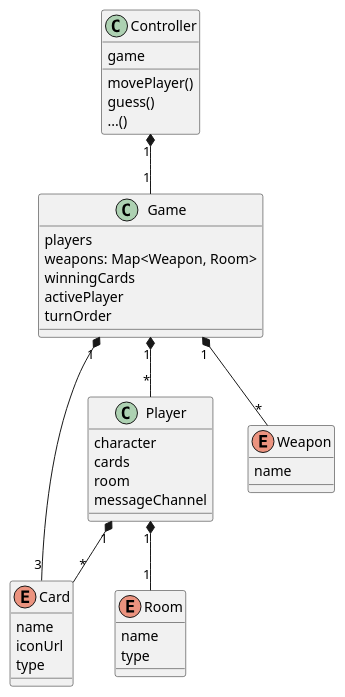
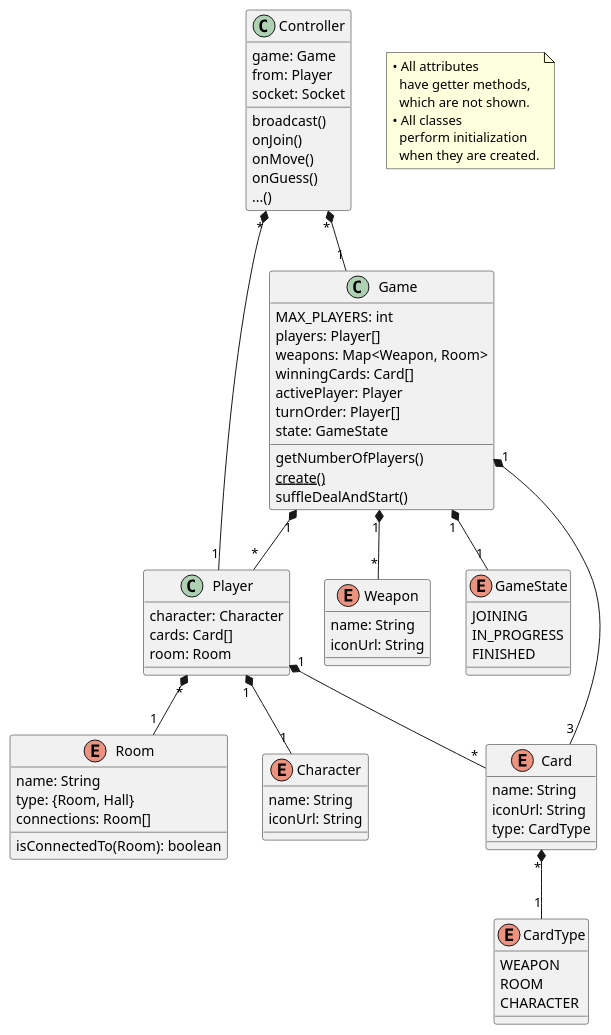
One commit to ymikhaylov/605.401 changed the diagram in design/game.plantuml. Above: the diagram before and after it, drawn with PlantUML.

Commit message:
Updated class diagram
Added attribute types, and more attributes and methods. Moved socket
from Player to Controller.

```diff
--- a/design/game.plantuml
+++ b/design/game.plantuml
@@ -1,47 +1,88 @@
 @startuml
 
 Game "1" *-- "*" Player
 Game "1" *-- "3" Card
 Game "1" *-- "*" Weapon
+Game "1" *-- "1" GameState
 Player "1" *-- "*" Card
-Player "1" *-- "1" Room
-Controller "1" *-- "1" Game
+Player "*" *-- "1" Room
+Player "1" *-- "1" Character
+Card "*" *-- "1" CardType
+Controller "*" *-- "1" Game
+Controller "*" *-- "1" Player
+
+note as N1
+  • All attributes
+    have getter methods,
+    which are not shown.
+  • All classes
+    perform initialization
+    when they are created.
+end note
 
 class Game {
-players
+MAX_PLAYERS: int
+players: Player[]
 weapons: Map<Weapon, Room>
-winningCards
-activePlayer
-turnOrder
+winningCards: Card[]
+activePlayer: Player
+turnOrder: Player[]
+state: GameState
+getNumberOfPlayers()
+<u>create()
+suffleDealAndStart()
+}
+
+enum GameState {
+JOINING
+IN_PROGRESS
+FINISHED
 }
 
 class Player {
-character
-cards
-room
-messageChannel
+character: Character
+cards: Card[]
+room: Room
+}
+
+enum Character {
+name: String
+iconUrl: String
 }
 
 enum Weapon {
-name
+name: String
+iconUrl: String
 }
 
 enum Card {
-name
-iconUrl
-type
+name: String
+iconUrl: String
+type: CardType
+}
+
+enum CardType {
+WEAPON
+ROOM
+CHARACTER
 }
 
 enum Room {
-name
-type
+name: String
+type: {Room, Hall}
+connections: Room[]
+isConnectedTo(Room): boolean
 }
 
 class Controller {
-game
-movePlayer()
-guess()
+game: Game
+from: Player
+socket: Socket
+broadcast()
+onJoin()
+onMove()
+onGuess()
 ...()
 }
 
 @enduml
```
